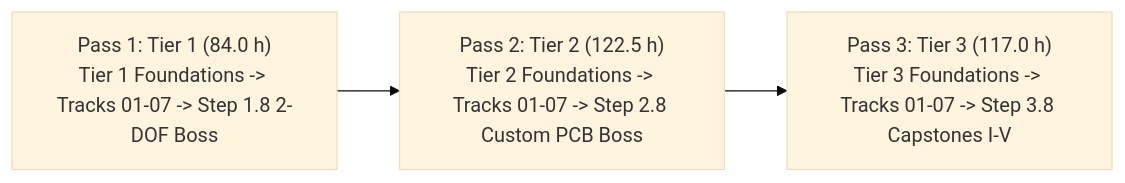
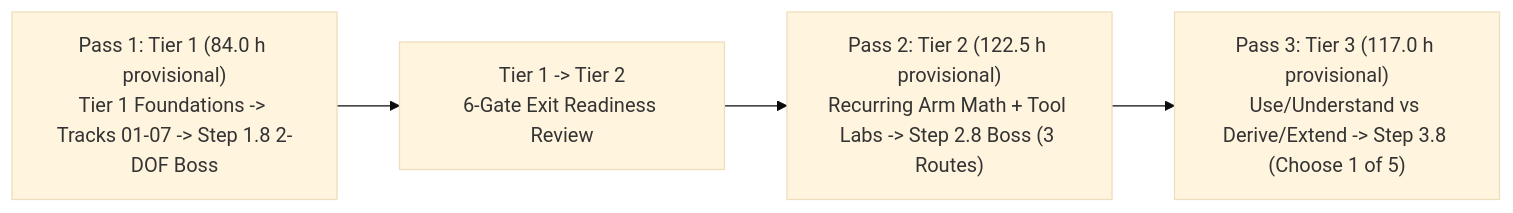
One commit to TLE47/Mechatronics-Roadmap changed the diagram in docs/SYLLABUS.md. Above: the diagram before and after it, drawn with Mermaid (base theme). The commit also changed other lines of this file and 9 other files, not shown here.

````diff
--- a/docs/SYLLABUS.md
+++ b/docs/SYLLABUS.md
@@ -10,5 +51,6 @@
 ```mermaid
 flowchart LR
-    T1["Pass 1: Tier 1 (84.0 h)<br/>Tier 1 Foundations -> Tracks 01-07 -> Step 1.8 2-DOF Boss"] --> T2["Pass 2: Tier 2 (122.5 h)<br/>Tier 2 Foundations -> Tracks 01-07 -> Step 2.8 Custom PCB Boss"]
-    T2 --> T3["Pass 3: Tier 3 (117.0 h)<br/>Tier 3 Foundations -> Tracks 01-07 -> Step 3.8 Capstones I-V"]
+    T1["Pass 1: Tier 1 (84.0 h provisional)<br/>Tier 1 Foundations -> Tracks 01-07 -> Step 1.8 2-DOF Boss"] --> EXIT["Tier 1 -> Tier 2<br/>6-Gate Exit Readiness Review"]
+    EXIT --> T2["Pass 2: Tier 2 (122.5 h provisional)<br/>Recurring Arm Math + Tool Labs -> Step 2.8 Boss (3 Routes)"]
+    T2 --> T3["Pass 3: Tier 3 (117.0 h provisional)<br/>Use/Understand vs Derive/Extend -> Step 3.8 (Choose 1 of 5)"]
 ```
````
